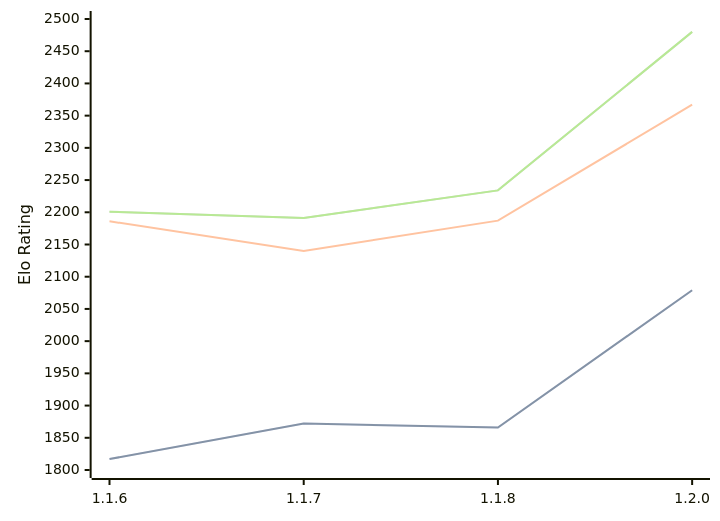
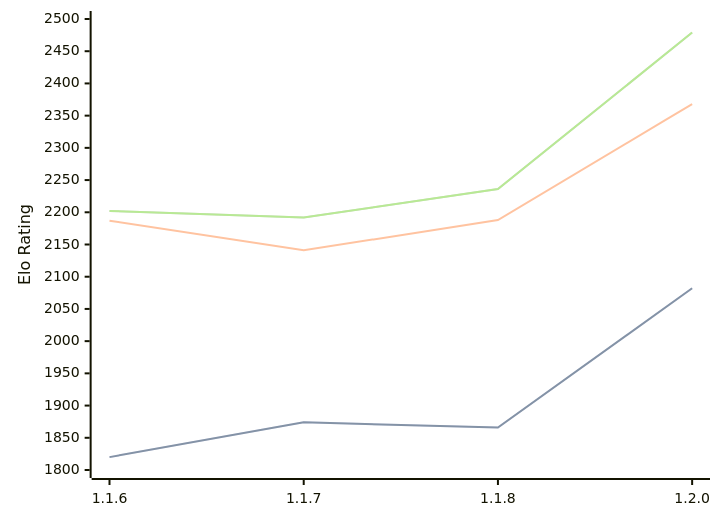
The diagram in engines/Soomi.md (computer-chess-index/cci), drawn with Mermaid before and after one commit. The commit also changed other lines of this file, not shown here.

Commit message:
Update CCI Ratings (ELO VLTC) - 2026-03-14

````diff
--- a/engines/Soomi.md
+++ b/engines/Soomi.md
@@ -32,11 +32,11 @@
 ```mermaid
 %%{init: {"theme":"base","themeVariables":{"seriesColors:['#a3a3a3','#222221','#faa371']}}}%%
 xychart-beta
   x-axis ["1.1.6", "1.1.7", "1.1.8", "1.2.0"]
   y-axis "Elo Rating" 1800 --> 2500
-  line "STC (8.0+0.08s)" [1817, 1872, 1866, 2079]
-  line "STC (8.0+0.08s)" [1817, 1872, 1866, 2079]
-  line "LTC (60.0+0.60s)" [2186, 2140, 2187, 2367]
-  line "VLTC (2m24s+1.12s)" [2201, 2191, 2234, 2480]
-  line "VLTC (2m24s+1.12s)" [2201, 2191, 2234, 2480]
+  line "STC (8.0+0.08s)" [1820, 1874, 1866, 2082]
+  line "STC (8.0+0.08s)" [1820, 1874, 1866, 2082]
+  line "LTC (60.0+0.60s)" [2187, 2141, 2188, 2368]
+  line "VLTC (2m24s+1.12s)" [2202, 2192, 2236, 2479]
+  line "VLTC (2m24s+1.12s)" [2202, 2192, 2236, 2479]
 ```
````
